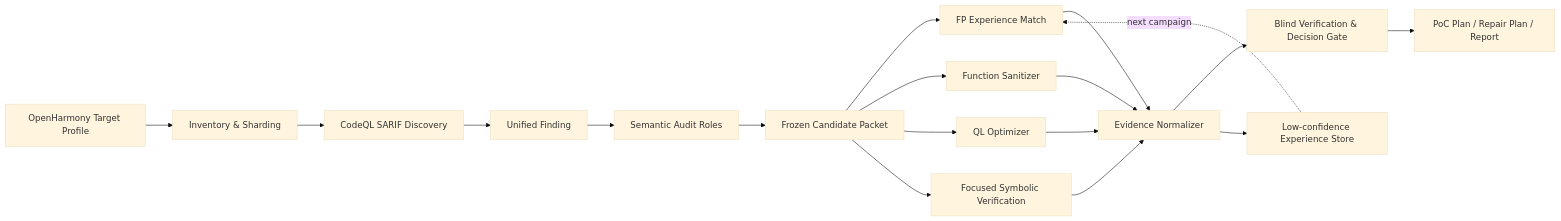
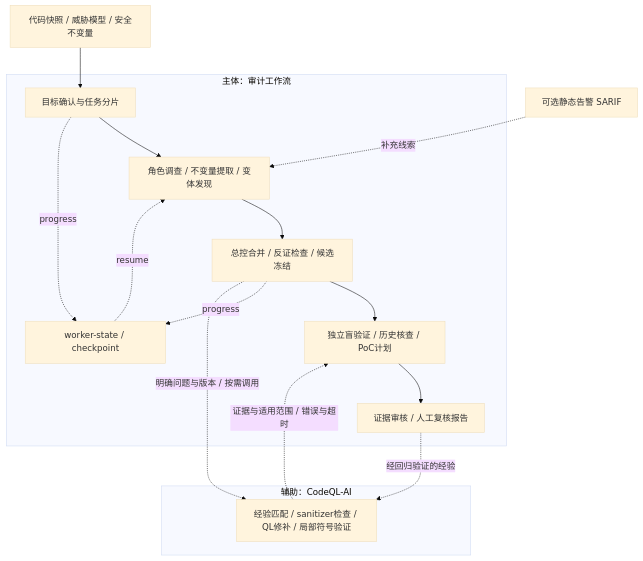
The diagram in docs/architecture.mmd (Binnnn-Lab/OpenHarmony-Audit-Agent), drawn with Mermaid (base theme) before and after one commit. The commit also changed other lines of this file and 74 other files, not shown here.

```diff
--- a/docs/architecture.mmd
+++ b/docs/architecture.mmd
@@ -1,18 +1,18 @@
-flowchart LR
-    A[OpenHarmony Target Profile] --> B[Inventory & Sharding]
-    B --> C[CodeQL SARIF Discovery]
-    C --> D[Unified Finding]
-    D --> E[Semantic Audit Roles]
-    E --> F[Frozen Candidate Packet]
-    F --> G[FP Experience Match]
-    F --> H[Function Sanitizer]
-    F --> I[QL Optimizer]
-    F --> J[Focused Symbolic Verification]
-    G --> K[Evidence Normalizer]
-    H --> K
-    I --> K
-    J --> K
-    K --> L[Blind Verification & Decision Gate]
-    L --> M[PoC Plan / Repair Plan / Report]
-    K --> N[Low-confidence Experience Store]
-    N -. next campaign .-> G
+flowchart TB
+    A[代码快照 / 威胁模型 / 安全不变量] --> B
+    subgraph MAIN[主体：审计工作流]
+        B[目标确认与任务分片] --> C[角色调查 / 不变量提取 / 变体发现]
+        C --> D[总控合并 / 反证检查 / 候选冻结]
+        D --> E[独立盲验证 / 历史核查 / PoC计划]
+        E --> F[证据审核 / 人工复核报告]
+        B -. progress .-> G[worker-state / checkpoint]
+        D -. progress .-> G
+        G -. resume .-> C
+    end
+    D -. 明确问题与版本 / 按需调用 .-> H
+    subgraph AUX[辅助：CodeQL-AI]
+        H[经验匹配 / sanitizer检查 / QL修补 / 局部符号验证]
+    end
+    H -. 证据与适用范围 / 错误与超时 .-> E
+    I[可选静态告警 SARIF] -. 补充线索 .-> C
+    F -. 经回归验证的经验 .-> H
```
